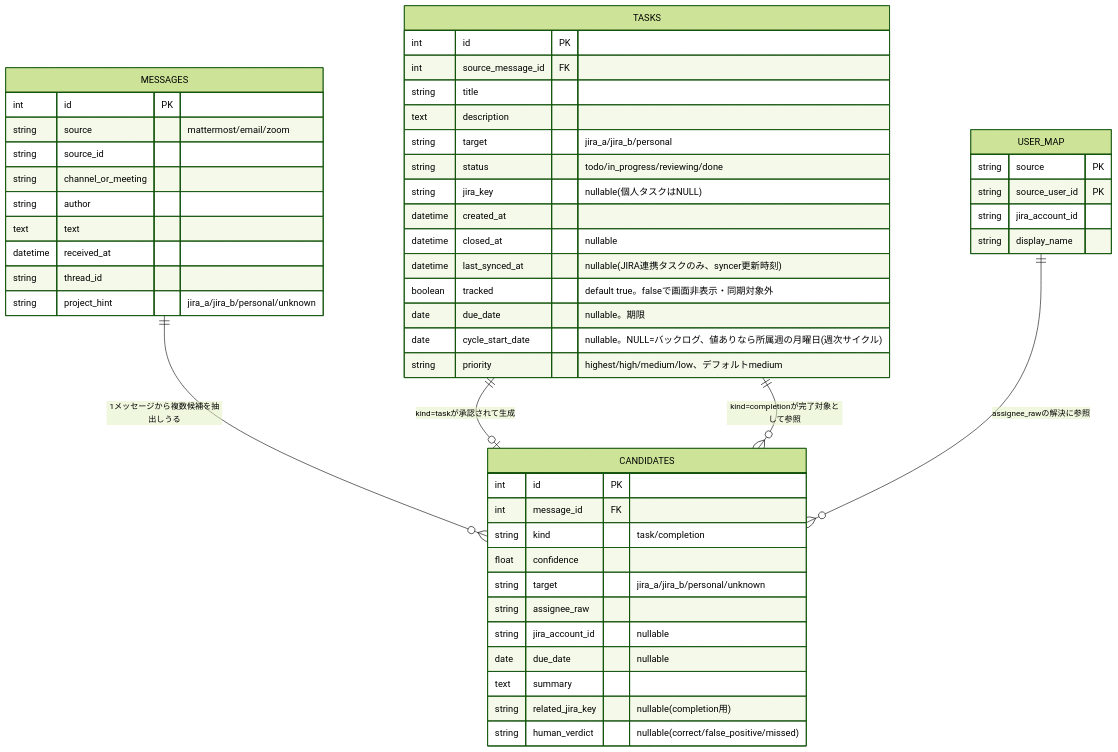
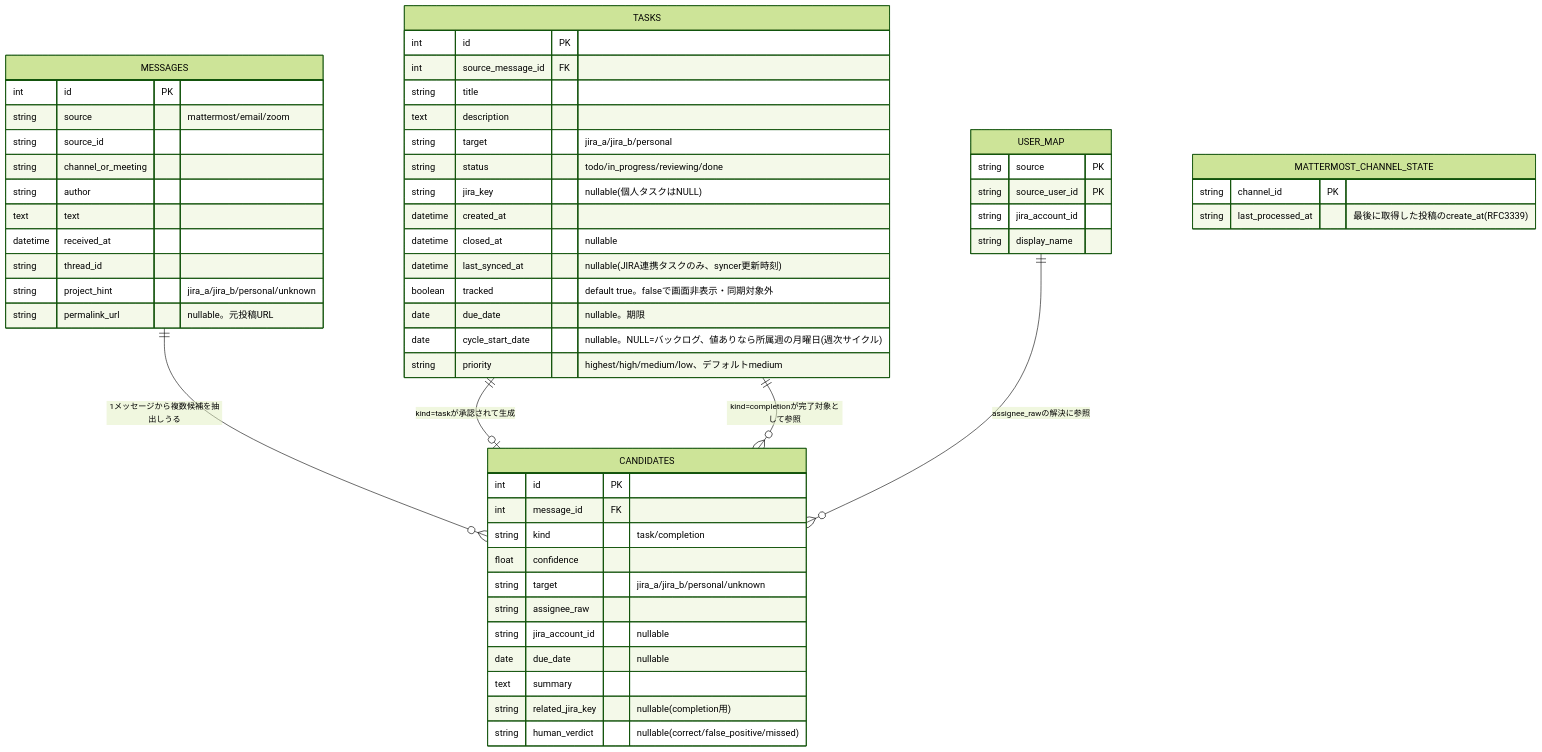
The diagram in docs/design/data-model.md (s-ono-123456/taskmanager), drawn with Mermaid (forest theme) before and after one commit. The commit also changed other lines of this file and 25 other files, not shown here.

````diff
--- a/docs/design/data-model.md
+++ b/docs/design/data-model.md
@@ -19,57 +20,63 @@
 ```mermaid
 erDiagram
     MESSAGES ||--o{ CANDIDATES : "1メッセージから複数候補を抽出しうる"
     TASKS ||--o| CANDIDATES : "kind=taskが承認されて生成"
     TASKS ||--o{ CANDIDATES : "kind=completionが完了対象として参照"
     USER_MAP ||--o{ CANDIDATES : "assignee_rawの解決に参照"
 
     MESSAGES {
         int id PK
         string source "mattermost/email/zoom"
         string source_id
         string channel_or_meeting
         string author
         text text
         datetime received_at
         string thread_id
         string project_hint "jira_a/jira_b/personal/unknown"
+        string permalink_url "nullable。元投稿URL"
     }
 
     CANDIDATES {
         int id PK
         int message_id FK
         string kind "task/completion"
         float confidence
         string target "jira_a/jira_b/personal/unknown"
         string assignee_raw
         string jira_account_id "nullable"
         date due_date "nullable"
         text summary
         string related_jira_key "nullable(completion用)"
         string human_verdict "nullable(correct/false_positive/missed)"
     }
 
     TASKS {
         int id PK
         int source_message_id FK
         string title
         text description
         string target "jira_a/jira_b/personal"
         string status "todo/in_progress/reviewing/done"
         string jira_key "nullable(個人タスクはNULL)"
         datetime created_at
         datetime closed_at "nullable"
         datetime last_synced_at "nullable(JIRA連携タスクのみ、syncer更新時刻)"
         boolean tracked "default true。falseで画面非表示・同期対象外"
         date due_date "nullable。期限"
         date cycle_start_date "nullable。NULL=バックログ、値ありなら所属週の月曜日(週次サイクル)"
         string priority "highest/high/medium/low、デフォルトmedium"
     }
 
     USER_MAP {
         string source PK
         string source_user_id PK
         string jira_account_id
         string display_name
     }
+
+    MATTERMOST_CHANNEL_STATE {
+        string channel_id PK
+        string last_processed_at "最後に取得した投稿のcreate_at(RFC3339)"
+    }
 ```
````
